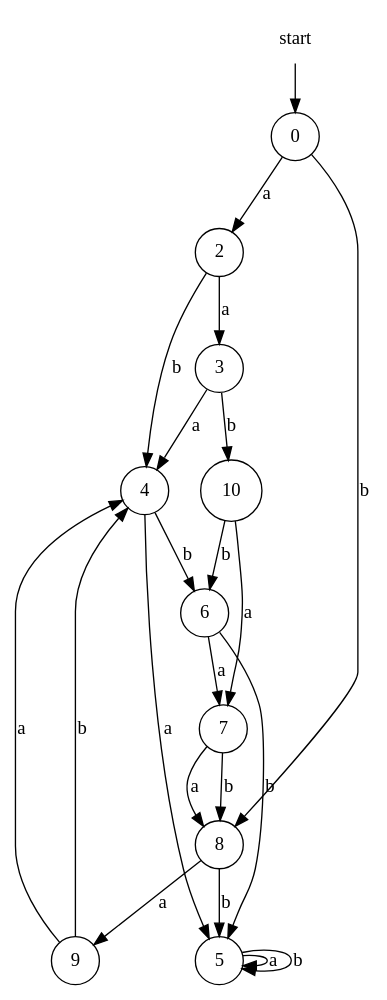
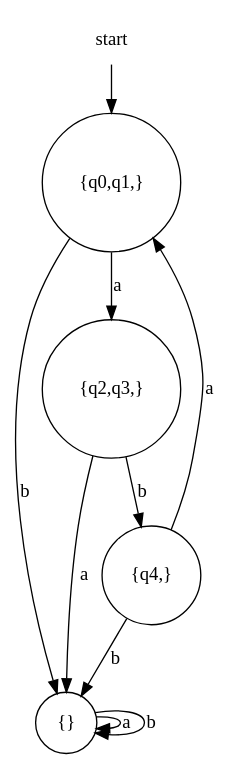
The diagram in Helix/engine_r/eNFA-DFA/epsilon-NFA_basic.xml.dot (evertheylen/TA_TO), drawn with Graphviz before and after one commit. The commit also changed 28 other files, not shown here.

```diff
--- a/Helix/engine_r/eNFA-DFA/epsilon-NFA_basic.xml.dot
+++ b/Helix/engine_r/eNFA-DFA/epsilon-NFA_basic.xml.dot
@@ -1,25 +1,13 @@
 digraph automaton {
     node [shape=none]; start;
     node [shape=circle];
-    start -> "0";
-    "0" -> "2" [label="a"];
-    "0" -> "8" [label="b"];
-    "2" -> "3" [label="a"];
-    "2" -> "4" [label="b"];
-    "3" -> "4" [label="a"];
-    "3" -> "10" [label="b"];
-    "4" -> "5" [label="a"];
-    "4" -> "6" [label="b"];
-    "5" -> "5" [label="a"];
-    "5" -> "5" [label="b"];
-    "6" -> "7" [label="a"];
-    "6" -> "5" [label="b"];
-    "7" -> "8" [label="a"];
-    "7" -> "8" [label="b"];
-    "8" -> "9" [label="a"];
-    "8" -> "5" [label="b"];
-    "9" -> "4" [label="a"];
-    "9" -> "4" [label="b"];
-    "10" -> "7" [label="a"];
-    "10" -> "6" [label="b"];
+    start -> "{q0,q1,}";
+    "{q0,q1,}" -> "{q2,q3,}" [label="a"];
+    "{q0,q1,}" -> "{}" [label="b"];
+    "{q2,q3,}" -> "{}" [label="a"];
+    "{q2,q3,}" -> "{q4,}" [label="b"];
+    "{}" -> "{}" [label="a"];
+    "{}" -> "{}" [label="b"];
+    "{q4,}" -> "{q0,q1,}" [label="a"];
+    "{q4,}" -> "{}" [label="b"];
 }
```
